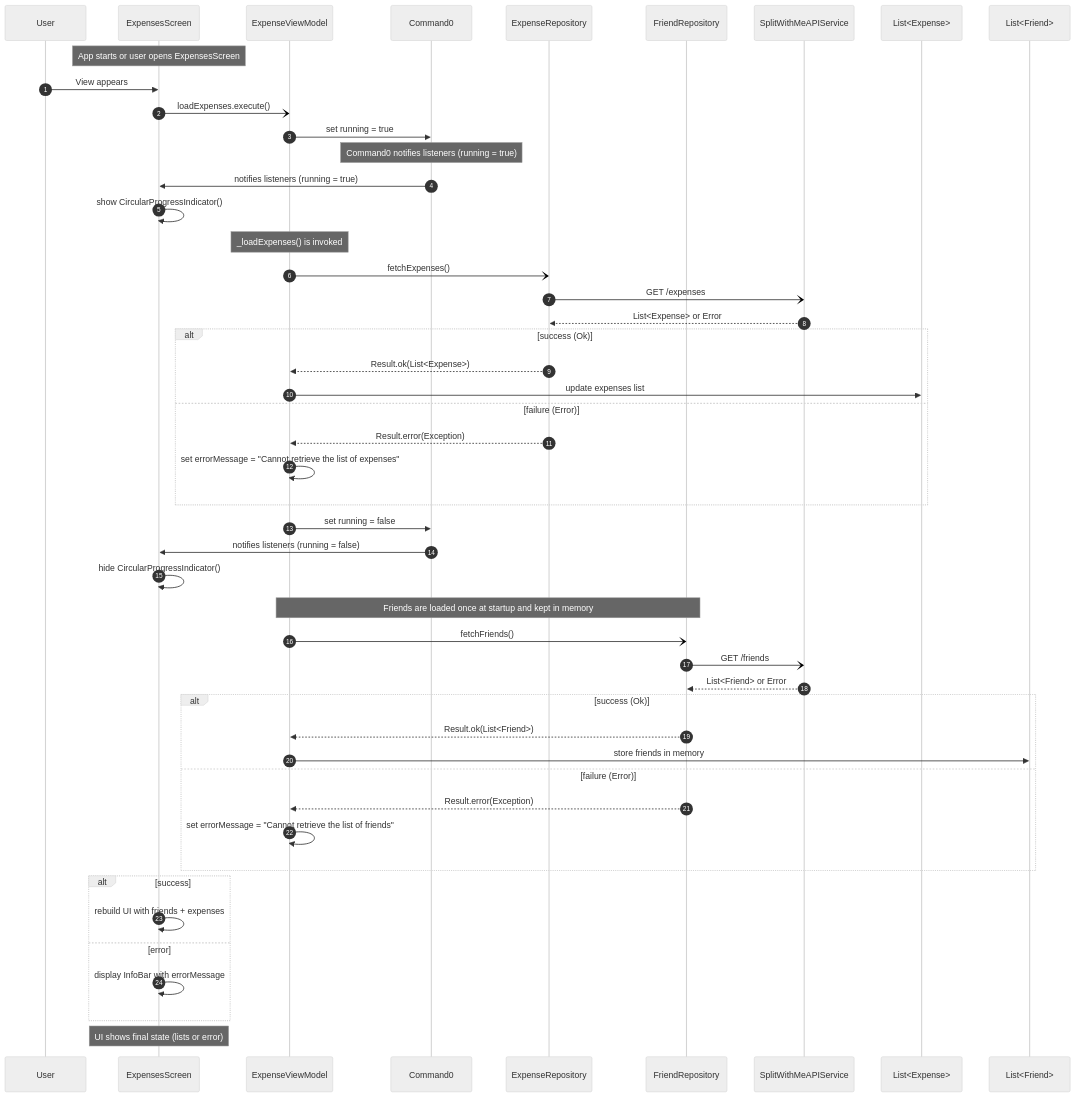
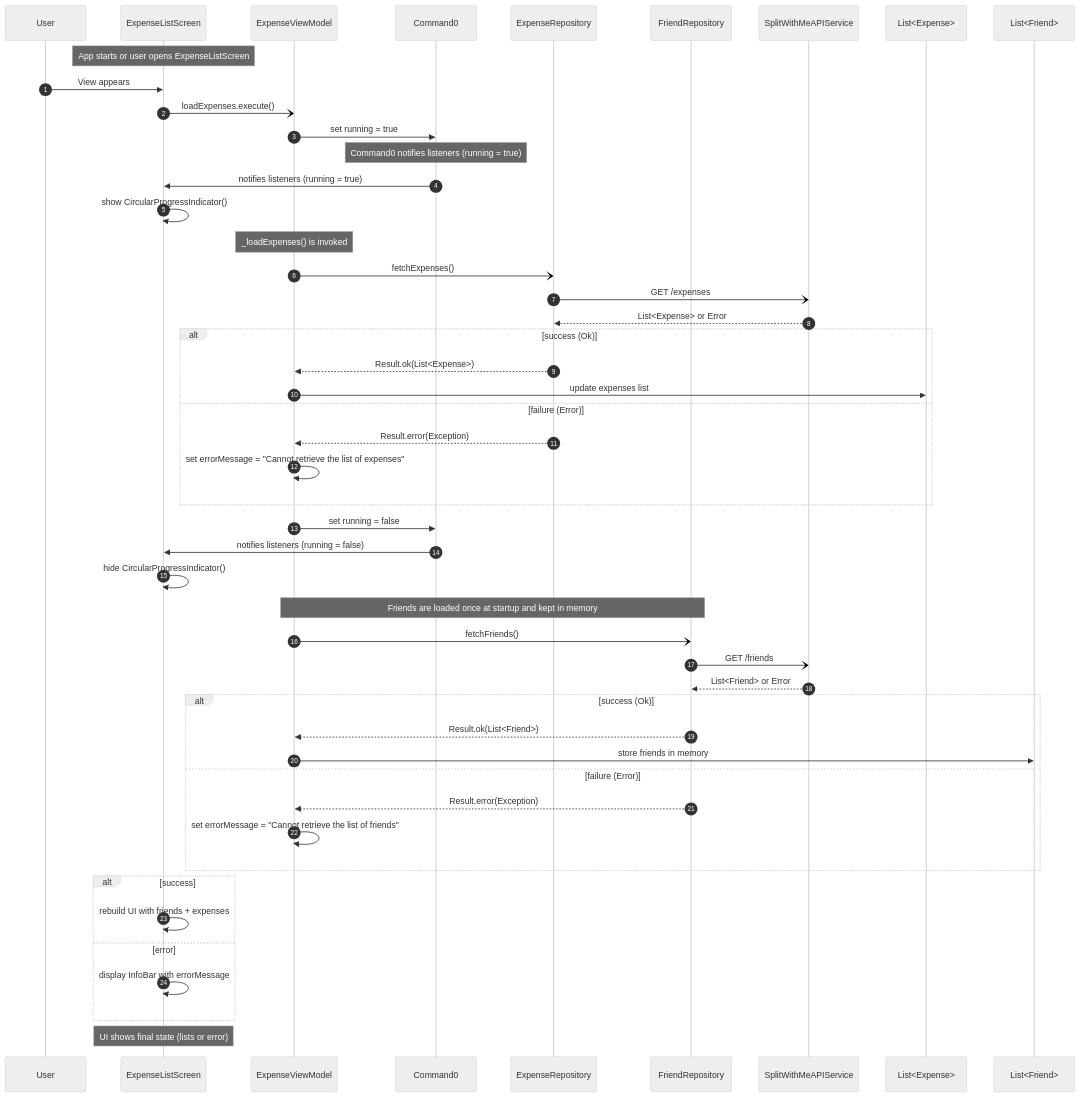
Before and after one commit to alexborrazasm/ipm: the fifth of 5 diagrams in docs/diseño_sw.md, drawn with Mermaid (neutral theme). The commit also changed other lines of this file and 12 other files, not shown here.

````diff
--- a/docs/diseño_sw.md
+++ b/docs/diseño_sw.md
@@ -440,66 +445,64 @@
 ```mermaid
 sequenceDiagram
     autonumber
     participant User
-    participant ExpensesScreen
+    participant ExpenseListScreen
     participant ExpenseViewModel
     participant Command0
     participant ExpenseRepository
     participant FriendRepository
     participant SplitWithMeAPIService
     participant ExpenseList as List<Expense>
     participant FriendList as List<Friend>
 
-    Note over ExpensesScreen: App starts or user opens ExpensesScreen
+    Note over ExpenseListScreen: App starts or user opens ExpenseListScreen
 
-    User ->> ExpensesScreen: View appears
+    User ->> ExpenseListScreen: View appears
 
     %% ---- LOAD EXPENSES ----
-    ExpensesScreen -) ExpenseViewModel: loadExpenses.execute()
+    ExpenseListScreen -) ExpenseViewModel: loadExpenses.execute()
     ExpenseViewModel ->> Command0: set running = true
     Note over Command0: Command0 notifies listeners (running = true)
-    Command0 ->> ExpensesScreen: notifies listeners (running = true)
-    ExpensesScreen ->> ExpensesScreen: show CircularProgressIndicator()
+    Command0 ->> ExpenseListScreen: notifies listeners (running = true)
+    ExpenseListScreen ->> ExpenseListScreen: show CircularProgressIndicator()
 
     Note over ExpenseViewModel: _loadExpenses() is invoked
     ExpenseViewModel -) ExpenseRepository: fetchExpenses()
     ExpenseRepository -) SplitWithMeAPIService: GET /expenses
     SplitWithMeAPIService -->> ExpenseRepository: List<Expense> or Error
 
     alt success (Ok)
         ExpenseRepository -->> ExpenseViewModel: Result.ok(List<Expense>)
         ExpenseViewModel ->> ExpenseList: update expenses list
     else failure (Error)
         ExpenseRepository -->> ExpenseViewModel: Result.error(Exception)
         ExpenseViewModel ->> ExpenseViewModel: set errorMessage = "Cannot retrieve the list of expenses"
     end
 
     ExpenseViewModel ->> Command0: set running = false
-    Command0 ->> ExpensesScreen: notifies listeners (running = false)
-    ExpensesScreen ->> ExpensesScreen: hide CircularProgressIndicator()
+    Command0 ->> ExpenseListScreen: notifies listeners (running = false)
+    ExpenseListScreen ->> ExpenseListScreen: hide CircularProgressIndicator()
 
     %% ---- LOAD FRIENDS (initial) ----
     Note over ExpenseViewModel,FriendRepository: Friends are loaded once at startup and kept in memory
     ExpenseViewModel -) FriendRepository: fetchFriends()
     FriendRepository -) SplitWithMeAPIService: GET /friends
     SplitWithMeAPIService -->> FriendRepository: List<Friend> or Error
 
     alt success (Ok)
         FriendRepository -->> ExpenseViewModel: Result.ok(List<Friend>)
         ExpenseViewModel ->> FriendList: store friends in memory
     else failure (Error)
         FriendRepository -->> ExpenseViewModel: Result.error(Exception)
         ExpenseViewModel ->> ExpenseViewModel: set errorMessage = "Cannot retrieve the list of friends"
     end
 
     %% ---- FINAL STATE ----
     alt success
-        ExpensesScreen ->> ExpensesScreen: rebuild UI with friends + expenses
+        ExpenseListScreen ->> ExpenseListScreen: rebuild UI with friends + expenses
     else error
-        ExpensesScreen ->> ExpensesScreen: display InfoBar with errorMessage
+        ExpenseListScreen ->> ExpenseListScreen: display InfoBar with errorMessage
     end
 
-    Note over ExpensesScreen: UI shows final state (lists or error)
-
-
+    Note over ExpenseListScreen: UI shows final state (lists or error)
 ```
````
